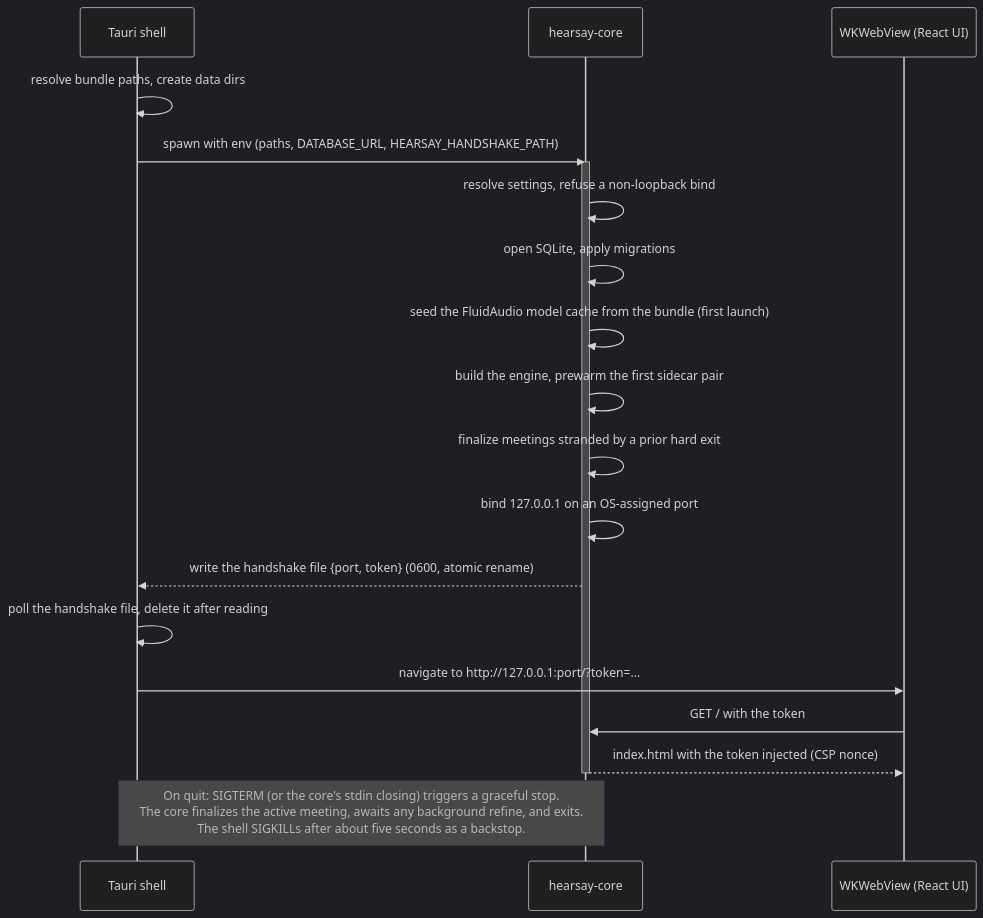
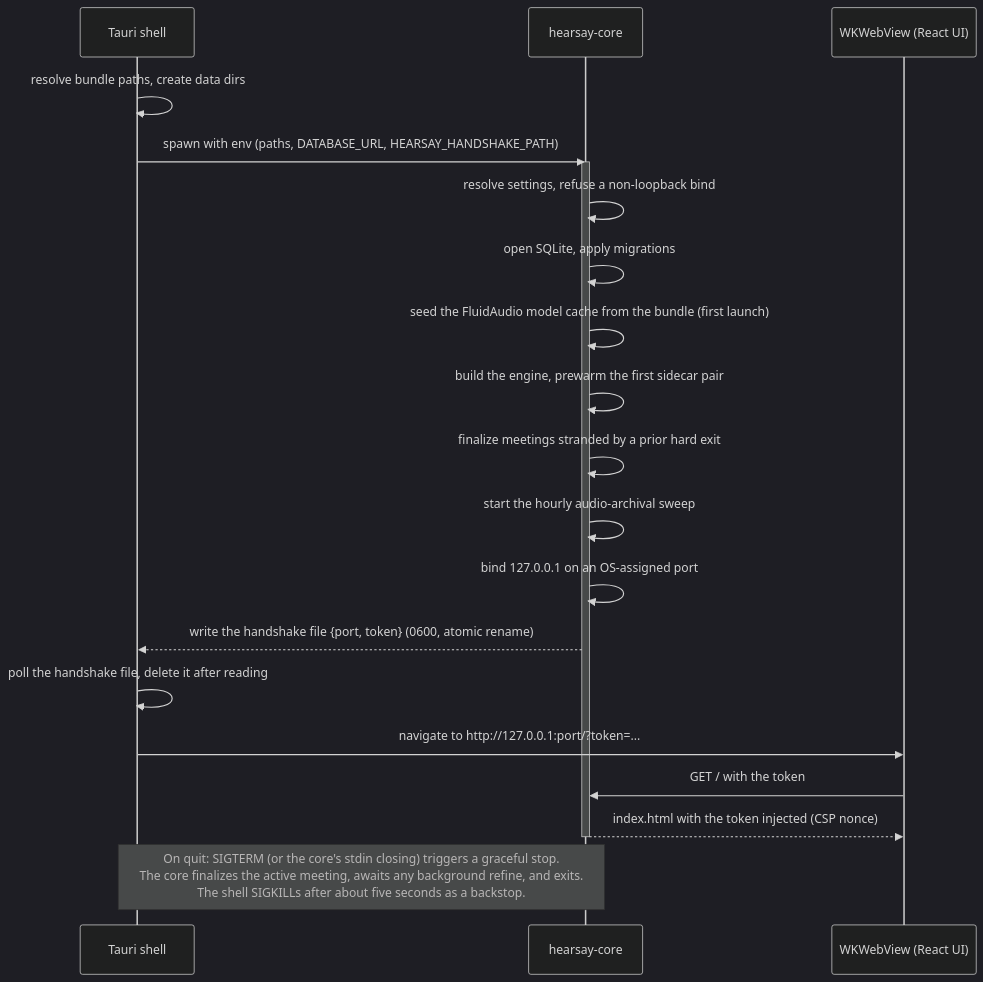
Before and after one commit to rwiseman87/hearsay: the fourth of 7 diagrams in docs/architecture.md, drawn with Mermaid (dark theme). The commit also changed other lines of this file and 48 other files, not shown here.

````diff
--- a/docs/architecture.md
+++ b/docs/architecture.md
@@ -273,23 +279,24 @@
 ```mermaid
 sequenceDiagram
     participant Shell as Tauri shell
     participant Core as hearsay-core
     participant WV as WKWebView (React UI)
 
     Shell->>Shell: resolve bundle paths, create data dirs
     Shell->>Core: spawn with env (paths, DATABASE_URL, HEARSAY_HANDSHAKE_PATH)
     activate Core
     Core->>Core: resolve settings, refuse a non-loopback bind
     Core->>Core: open SQLite, apply migrations
     Core->>Core: seed the FluidAudio model cache from the bundle (first launch)
     Core->>Core: build the engine, prewarm the first sidecar pair
     Core->>Core: finalize meetings stranded by a prior hard exit
+    Core->>Core: start the hourly audio-archival sweep
     Core->>Core: bind 127.0.0.1 on an OS-assigned port
     Core-->>Shell: write the handshake file {port, token} (0600, atomic rename)
     Shell->>Shell: poll the handshake file, delete it after reading
     Shell->>WV: navigate to http://127.0.0.1:port/?token=...
     WV->>Core: GET / with the token
     Core-->>WV: index.html with the token injected (CSP nonce)
     deactivate Core
     Note over Shell,Core: On quit: SIGTERM (or the core's stdin closing) triggers a graceful stop.<br/>The core finalizes the active meeting, awaits any background refine, and exits.<br/>The shell SIGKILLs after about five seconds as a backstop.
 ```
````
